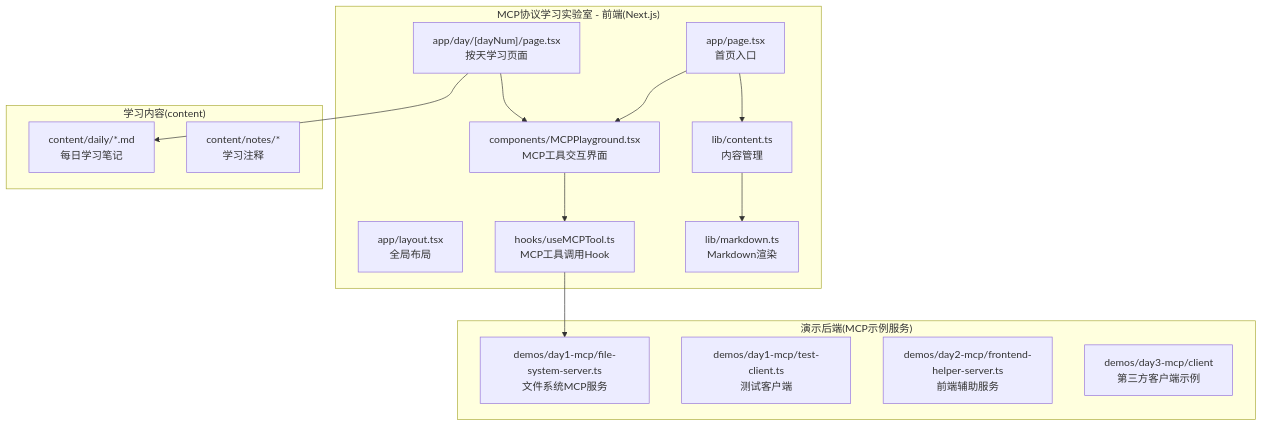
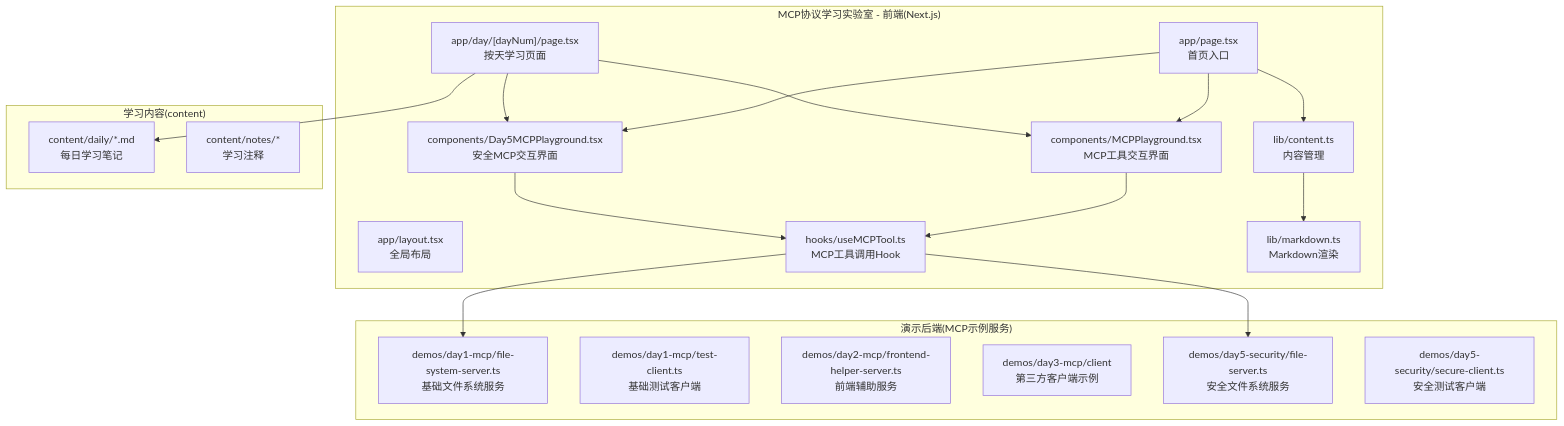
One commit to Leslie-Chuan/classic-example changed the first of 7 diagrams in .qoder/repowiki/zh/content/项目概览.md. Above: the diagram before and after it, drawn with Mermaid. The commit also changed other lines of this file and 49 other files, not shown here.

````diff
--- a/.qoder/repowiki/zh/content/项目概览.md
+++ b/.qoder/repowiki/zh/content/项目概览.md
@@ -66,29 +72,36 @@
 ```mermaid
 graph TB
 subgraph "MCP协议学习实验室 - 前端(Next.js)"
 A["app/layout.tsx<br/>全局布局"]
 B["app/page.tsx<br/>首页入口"]
 C["app/day/[dayNum]/page.tsx<br/>按天学习页面"]
 D["components/MCPPlayground.tsx<br/>MCP工具交互界面"]
-E["hooks/useMCPTool.ts<br/>MCP工具调用Hook"]
-F["lib/content.ts<br/>内容管理"]
-G["lib/markdown.ts<br/>Markdown渲染"]
+E["components/Day5MCPPlayground.tsx<br/>安全MCP交互界面"]
+F["hooks/useMCPTool.ts<br/>MCP工具调用Hook"]
+G["lib/content.ts<br/>内容管理"]
+H["lib/markdown.ts<br/>Markdown渲染"]
 end
 subgraph "演示后端(MCP示例服务)"
-H["demos/day1-mcp/file-system-server.ts<br/>文件系统MCP服务"]
-I["demos/day1-mcp/test-client.ts<br/>测试客户端"]
-J["demos/day2-mcp/frontend-helper-server.ts<br/>前端辅助服务"]
-K["demos/day3-mcp/client<br/>第三方客户端示例"]
+I["demos/day1-mcp/file-system-server.ts<br/>基础文件系统服务"]
+J["demos/day1-mcp/test-client.ts<br/>基础测试客户端"]
+K["demos/day2-mcp/frontend-helper-server.ts<br/>前端辅助服务"]
+L["demos/day3-mcp/client<br/>第三方客户端示例"]
+M["demos/day5-security/file-server.ts<br/>安全文件系统服务"]
+N["demos/day5-security/secure-client.ts<br/>安全测试客户端"]
 end
 subgraph "学习内容(content)"
-L["content/daily/*.md<br/>每日学习笔记"]
-M["content/notes/*<br/>学习注释"]
+O["content/daily/*.md<br/>每日学习笔记"]
+P["content/notes/*<br/>学习注释"]
 end
 B --> D
+B --> E
 C --> D
-D --> E
-E --> H
-B --> F
-F --> G
-C --> L
+C --> E
+D --> F
+E --> F
+F --> I
+F --> M
+B --> G
+G --> H
+C --> O
 ```
````
